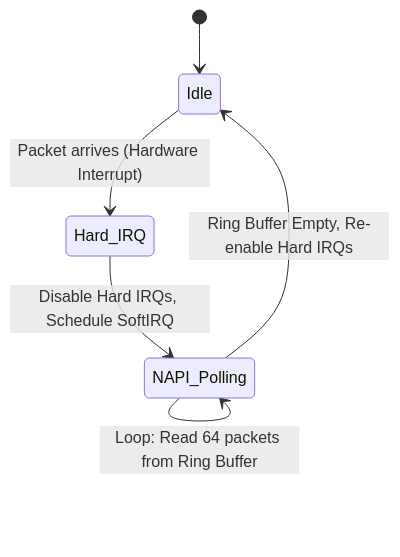
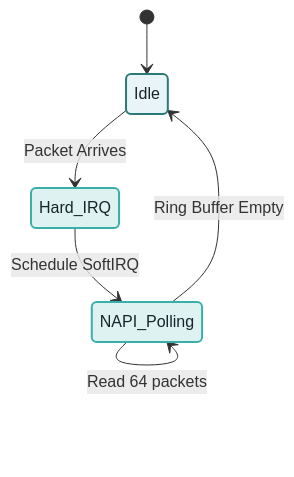
One commit to vishwasnudupa/Network-stacck-development changed the fourth of 4 diagrams in 01_WiFi6_Driver_Compilation/README_Driver_Internals.md. Above: the diagram before and after it, drawn with Mermaid. The commit also changed 6 other files, not shown here.

````diff
--- a/01_WiFi6_Driver_Compilation/README_Driver_Internals.md
+++ b/01_WiFi6_Driver_Compilation/README_Driver_Internals.md
@@ -115,8 +115,15 @@
 ```mermaid
 stateDiagram-v2
+    classDef C_Idle fill:#e8f4f8,stroke:#2b7a78,stroke-width:2px,color:#17252a
+    classDef C_Active fill:#def2f1,stroke:#3aafa9,stroke-width:2px,color:#17252a
+    
     [*] --> Idle
-    Idle --> Hard_IRQ : Packet arrives (Hardware Interrupt)
-    Hard_IRQ --> NAPI_Polling : Disable Hard IRQs, Schedule SoftIRQ
-    NAPI_Polling --> NAPI_Polling : Loop: Read 64 packets from Ring Buffer
-    NAPI_Polling --> Idle : Ring Buffer Empty, Re-enable Hard IRQs
+    Idle --> Hard_IRQ : Packet Arrives
+    Hard_IRQ --> NAPI_Polling : Schedule SoftIRQ
+    NAPI_Polling --> NAPI_Polling : Read 64 packets
+    NAPI_Polling --> Idle : Ring Buffer Empty
+    
+    class Idle C_Idle
+    class Hard_IRQ C_Active
+    class NAPI_Polling C_Active
 ```
````
